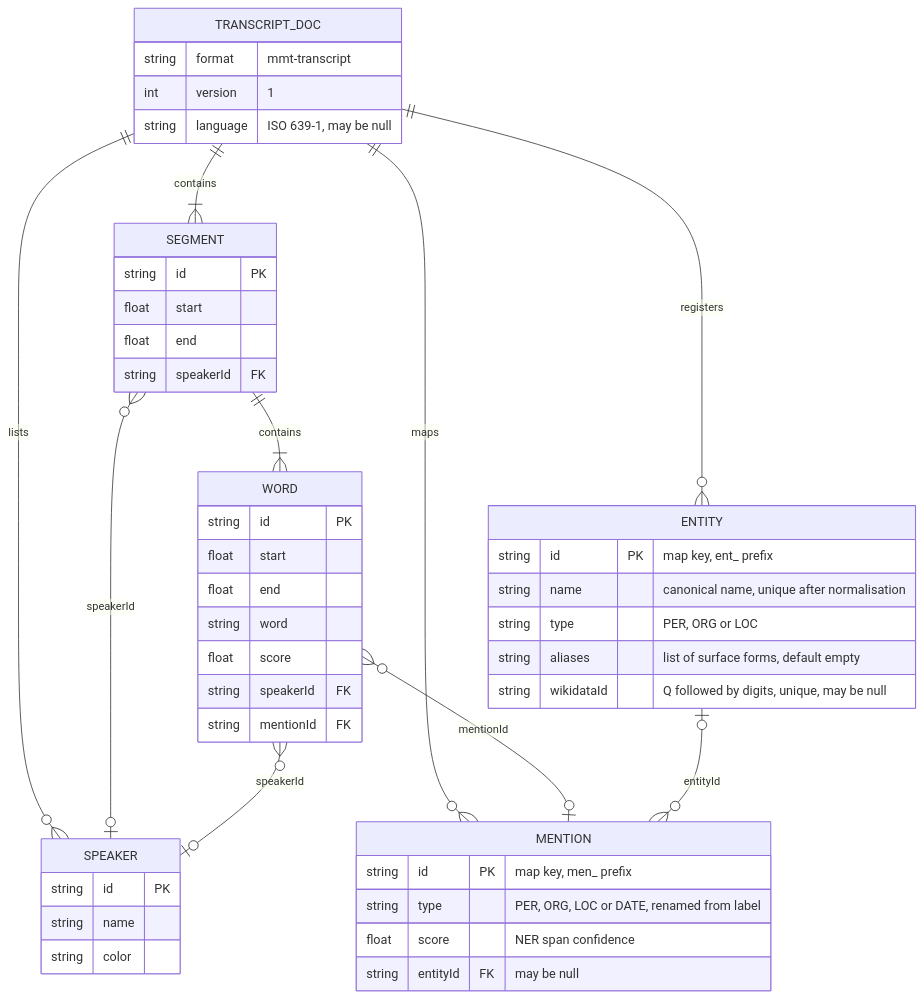
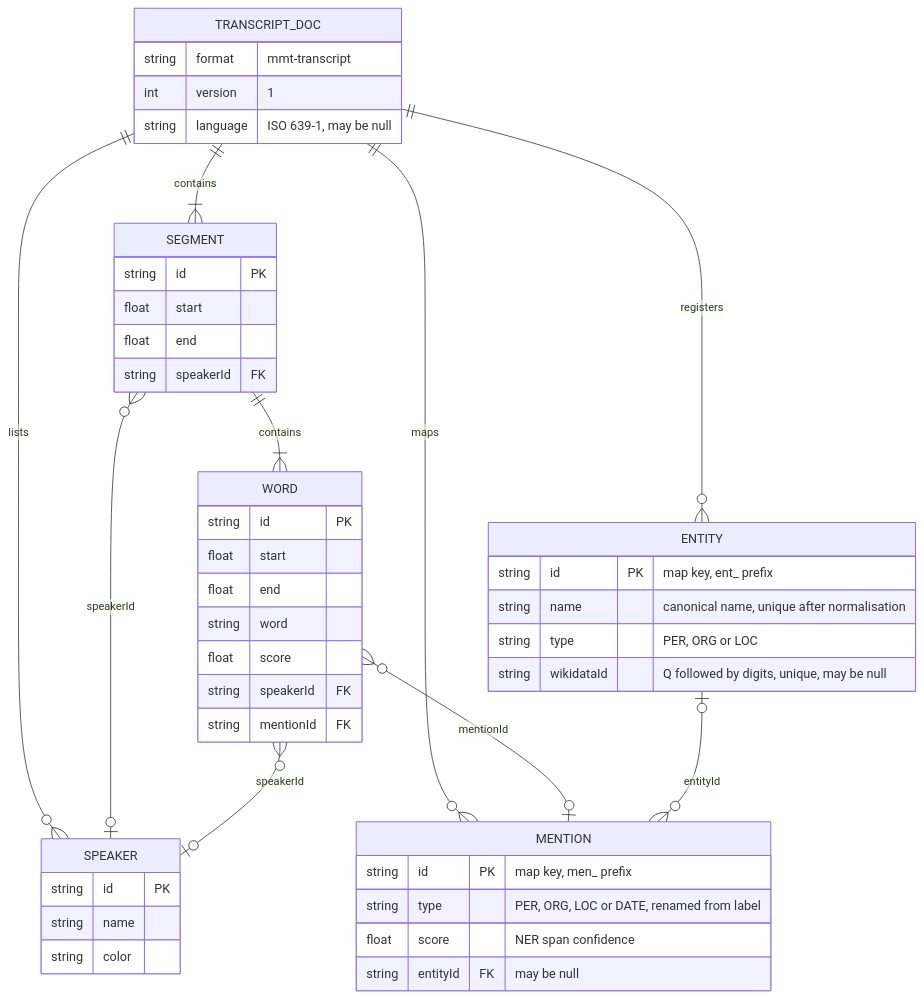
The third of 3 diagrams in specs/2026-07-31-canonical-entities.md (asr4memory/mmt-py), drawn with Mermaid before and after one commit. The commit also changed other lines of this file, not shown here.

Commit message:
Strip merge, rule-driven linking and aliases from the canonical entities spec

````diff
--- a/specs/2026-07-31-canonical-entities.md
+++ b/specs/2026-07-31-canonical-entities.md
@@ -589,51 +422,50 @@
 ```mermaid
 erDiagram
     TRANSCRIPT_DOC ||--o{ SPEAKER : "lists"
     TRANSCRIPT_DOC ||--o{ ENTITY : "registers"
     TRANSCRIPT_DOC ||--o{ MENTION : "maps"
     TRANSCRIPT_DOC ||--|{ SEGMENT : "contains"
     SEGMENT ||--|{ WORD : "contains"
     SEGMENT }o--o| SPEAKER : "speakerId"
     WORD }o--o| SPEAKER : "speakerId"
     WORD }o--o| MENTION : "mentionId"
     ENTITY |o--o{ MENTION : "entityId"
 
     TRANSCRIPT_DOC {
         string format "mmt-transcript"
         int version "1"
         string language "ISO 639-1, may be null"
     }
     SPEAKER {
         string id PK
         string name
         string color
     }
     ENTITY {
         string id PK "map key, ent_ prefix"
         string name "canonical name, unique after normalisation"
         string type "PER, ORG or LOC"
-        string aliases "list of surface forms, default empty"
         string wikidataId "Q followed by digits, unique, may be null"
     }
     MENTION {
         string id PK "map key, men_ prefix"
         string type "PER, ORG, LOC or DATE, renamed from label"
         float score "NER span confidence"
         string entityId FK "may be null"
     }
     SEGMENT {
         string id PK
         float start
         float end
         string speakerId FK
     }
     WORD {
         string id PK
         float start
         float end
         string word
         float score
         string speakerId FK
         string mentionId FK
     }
 ```
````
